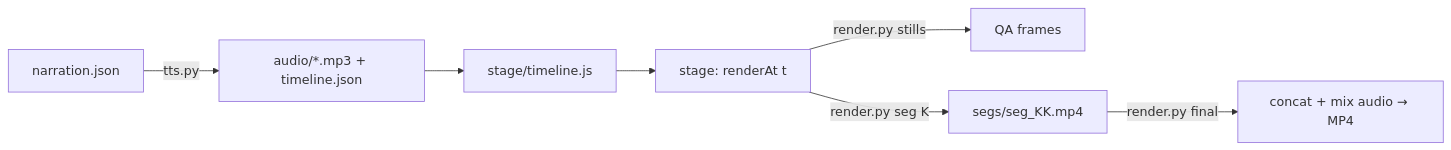
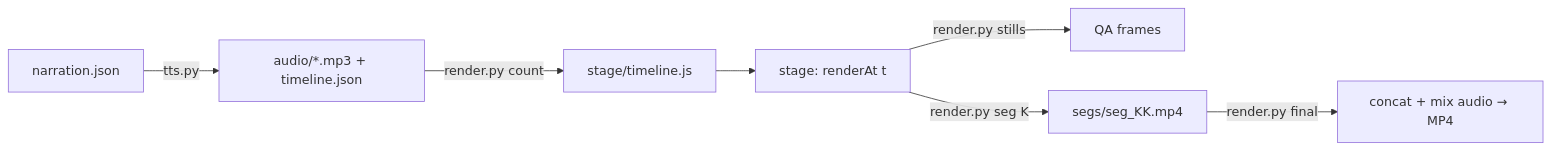
The diagram in plugins/infermatrix-copilot/skills/explainer-video/SKILL.md (Dong1017/InferMatrixCopilot), drawn with Mermaid before and after one commit. The commit also changed other lines of this file and 2 other files, not shown here.

````diff
--- a/plugins/infermatrix-copilot/skills/explainer-video/SKILL.md
+++ b/plugins/infermatrix-copilot/skills/explainer-video/SKILL.md
@@ -10,9 +10,9 @@
 ```mermaid
 flowchart LR
   A[narration.json] -->|tts.py| B[audio/*.mp3 + timeline.json]
-  B --> C[stage/timeline.js]
+  B -->|render.py count| C[stage/timeline.js]
   C --> D[stage: renderAt t]
   D -->|render.py stills| E[QA frames]
   D -->|render.py seg K| F[segs/seg_KK.mp4]
   F -->|render.py final| G[concat + mix audio → MP4]
 ```
````
